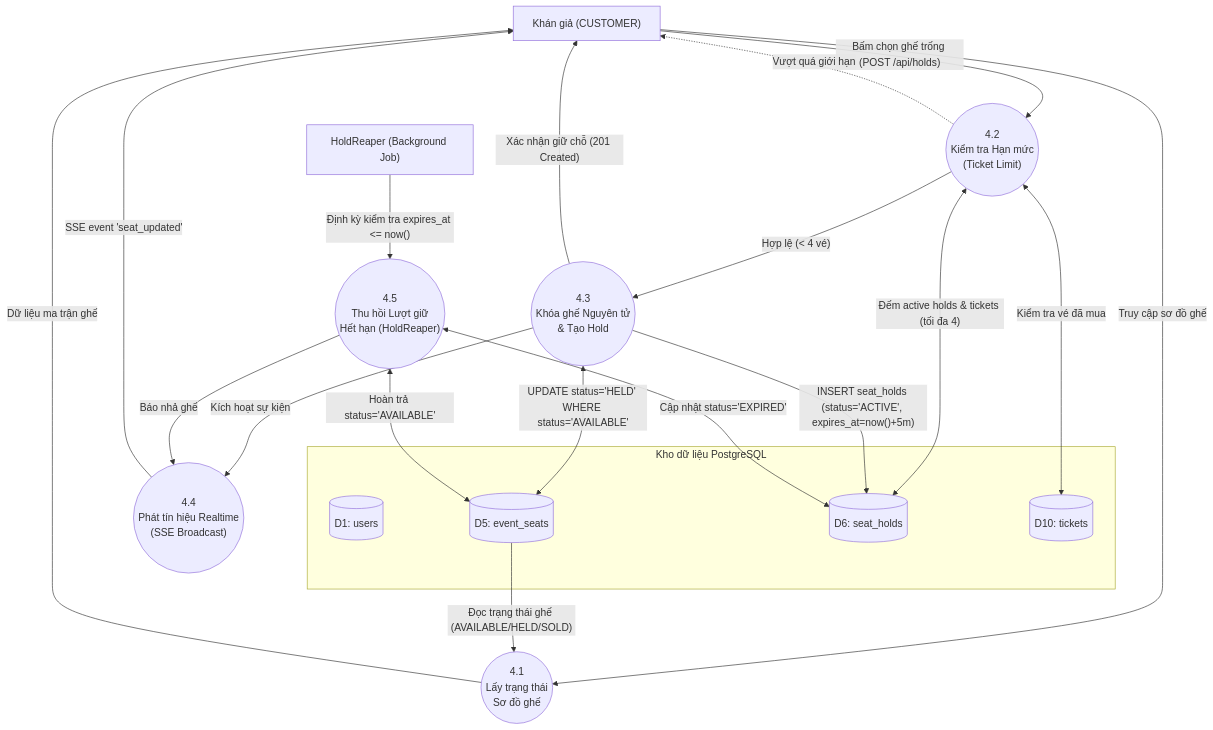
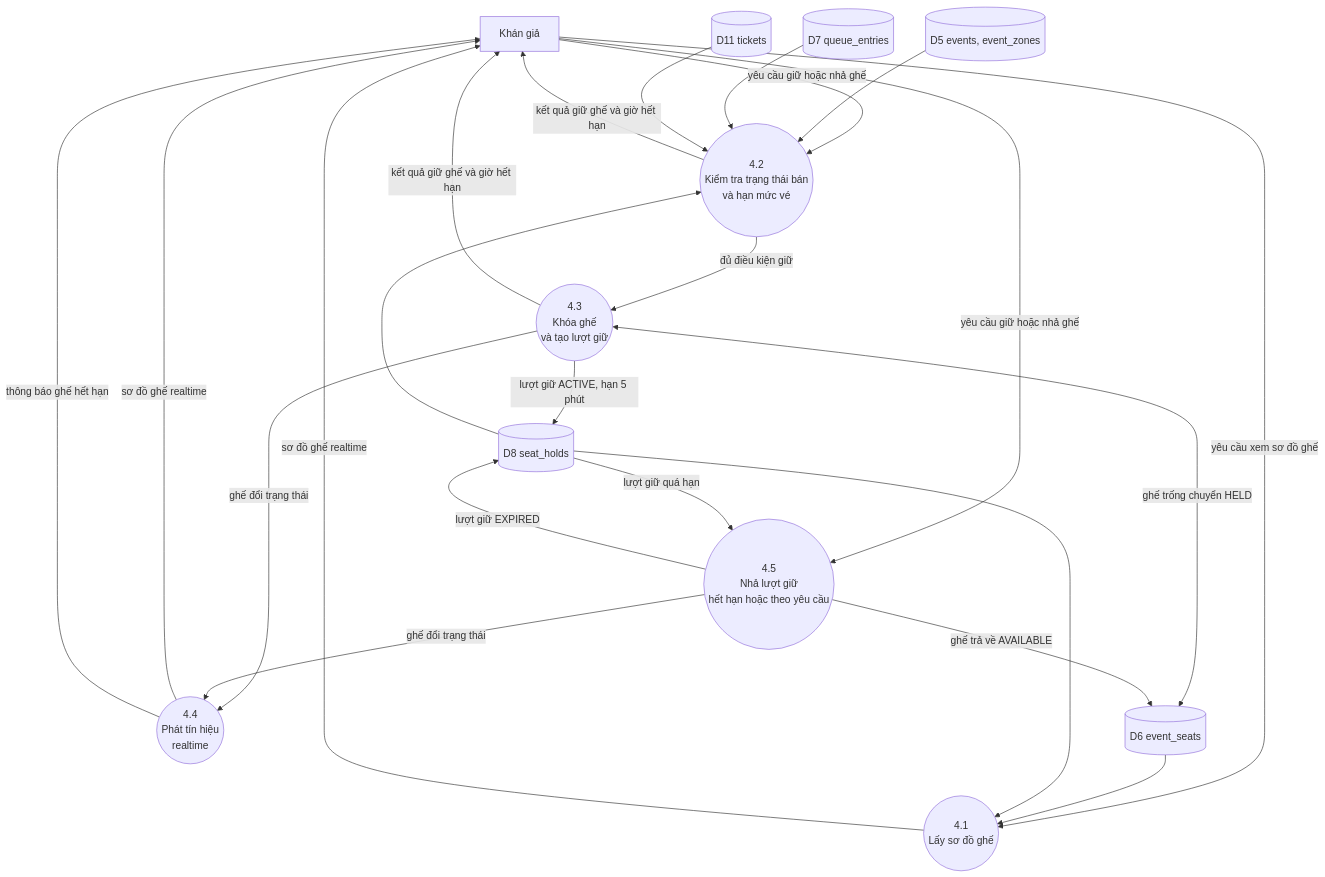
Before and after one commit to nhansp/COSH301: the fourth of 5 diagrams in docs/dfd.md, drawn with Mermaid. The commit also changed other lines of this file, not shown here.

First line of the commit message:
docs: Map DFD stores to real tables

````diff
--- a/docs/dfd.md
+++ b/docs/dfd.md
@@ -159,43 +267,43 @@
 ```mermaid
-flowchart TD
-    Customer["Khán giả (CUSTOMER)"]
-    ReaperWorker["HoldReaper (Background Job)"]
+flowchart TB
+    KG["Khán giả"]
 
-    subgraph DataStores["Kho dữ liệu PostgreSQL"]
-        D1[("D1: users")]
-        D5[("D5: event_seats")]
-        D6[("D6: seat_holds")]
-        D10[("D10: tickets")]
-    end
+    P41(("4.1<br/>Lấy sơ đồ ghế"))
+    P42(("4.2<br/>Kiểm tra trạng thái bán<br/>và hạn mức vé"))
+    P43(("4.3<br/>Khóa ghế<br/>và tạo lượt giữ"))
+    P44(("4.4<br/>Phát tín hiệu<br/>realtime"))
+    P45(("4.5<br/>Nhả lượt giữ<br/>hết hạn hoặc theo yêu cầu"))
 
-    P41(("4.1<br/>Lấy trạng thái<br/>Sơ đồ ghế"))
-    P42(("4.2<br/>Kiểm tra Hạn mức<br/>(Ticket Limit)"))
-    P43(("4.3<br/>Khóa ghế Nguyên tử<br/>& Tạo Hold"))
-    P44(("4.4<br/>Phát tín hiệu Realtime<br/>(SSE Broadcast)"))
-    P45(("4.5<br/>Thu hồi Lượt giữ<br/>Hết hạn (HoldReaper)"))
+    D5[("D5 events, event_zones")]
+    D6[("D6 event_seats")]
+    D7[("D7 queue_entries")]
+    D8[("D8 seat_holds")]
+    D11[("D11 tickets")]
 
-    %% Query seat map
-    Customer -->|"Truy cập sơ đồ ghế"| P41
-    D5 -->|"Đọc trạng thái ghế (AVAILABLE/HELD/SOLD)"| P41
-    P41 -->|"Dữ liệu ma trận ghế"| Customer
+    KG -->|"yêu cầu xem sơ đồ ghế"| P41
+    D6 --> P41
+    D8 --> P41
+    P41 -->|"sơ đồ ghế realtime"| KG
 
-    %% Hold request
-    Customer -->|"Bấm chọn ghế trống (POST /api/holds)"| P42
-    P42 <-->|"Đếm active holds & tickets (tối đa 4)"| D6
-    P42 <-->|"Kiểm tra vé đã mua"| D10
-    P42 -->|"Hợp lệ (< 4 vé)"| P43
-    P42 -.->|"Vượt quá giới hạn"| Customer
+    KG -->|"yêu cầu giữ hoặc nhả ghế"| P42
+    D5 --> P42
+    D7 --> P42
+    D8 --> P42
+    D11 --> P42
+    P42 -->|"đủ điều kiện giữ"| P43
+    P42 -->|"kết quả giữ ghế và giờ hết hạn"| KG
 
-    %% Atomic lock & hold
-    P43 <-->|"UPDATE status='HELD' WHERE status='AVAILABLE'"| D5
-    P43 -->|"INSERT seat_holds (status='ACTIVE', expires_at=now()+5m)"| D6
-    P43 -->|"Xác nhận giữ chỗ (201 Created)"| Customer
-    P43 -->|"Kích hoạt sự kiện"| P44
-    P44 -->|"SSE event 'seat_updated'"| Customer
+    P43 <-->|"ghế trống chuyển HELD"| D6
+    P43 -->|"lượt giữ ACTIVE, hạn 5 phút"| D8
+    P43 -->|"kết quả giữ ghế và giờ hết hạn"| KG
+    P43 -->|"ghế đổi trạng thái"| P44
 
-    %% Auto release
-    ReaperWorker -->|"Định kỳ kiểm tra expires_at <= now()"| P45
-    P45 <-->|"Cập nhật status='EXPIRED'"| D6
-    P45 <-->|"Hoàn trả status='AVAILABLE'"| D5
-    P45 -->|"Báo nhả ghế"| P44
+    P44 -->|"sơ đồ ghế realtime"| KG
+
+    KG -->|"yêu cầu giữ hoặc nhả ghế"| P45
+    D8 -->|"lượt giữ quá hạn"| P45
+    P45 -->|"lượt giữ EXPIRED"| D8
+    P45 -->|"ghế trả về AVAILABLE"| D6
+    P45 -->|"ghế đổi trạng thái"| P44
+    P44 -->|"thông báo ghế hết hạn"| KG
 ```
````
